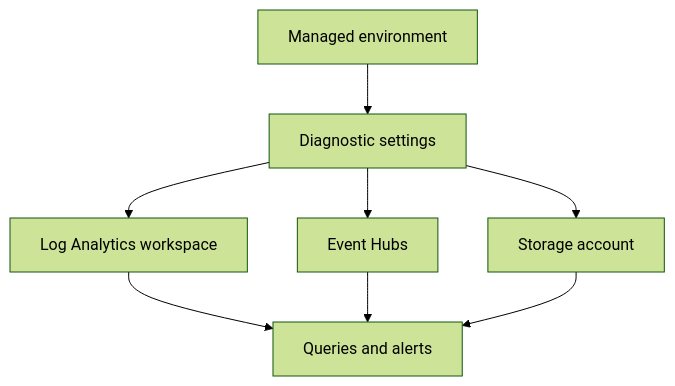
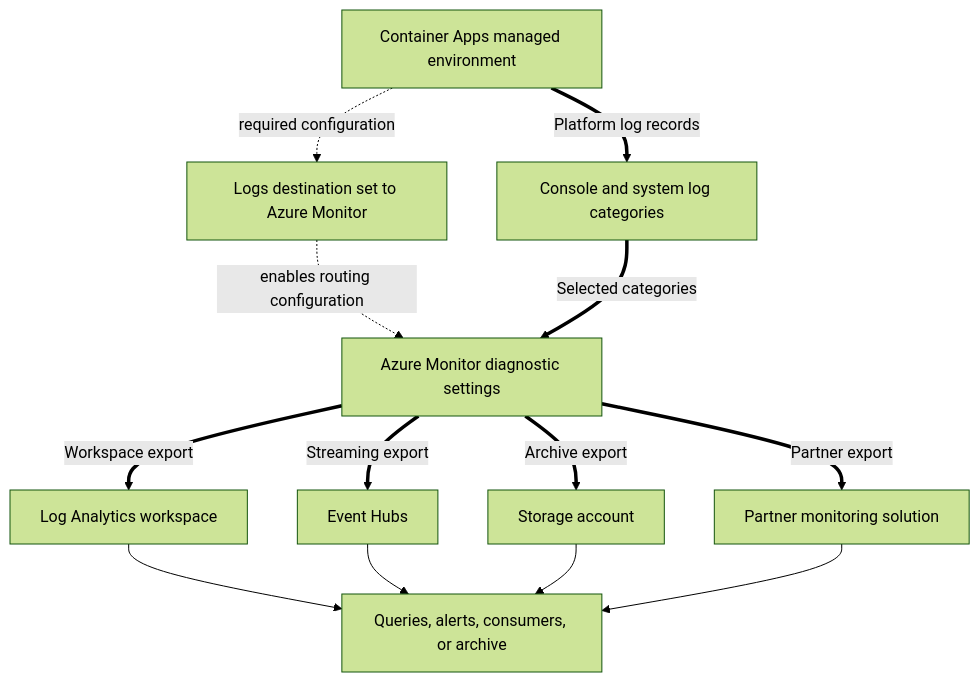
Before and after one commit to yeongseon/azure-container-apps-practical-guide: the diagram in docs/operations/logging/diagnostic-settings.md, drawn with Mermaid (forest theme). The commit also changed other lines of this file and 13 other files, not shown here.

First line of the commit message:
docs(diagrams): migrate the Container Apps operations diagrams (#614)

````diff
--- a/docs/operations/logging/diagnostic-settings.md
+++ b/docs/operations/logging/diagnostic-settings.md
@@ -111,10 +134,25 @@
 ```mermaid
 flowchart TD
-    A[Managed environment] --> B[Diagnostic settings]
-    B --> C[Log Analytics workspace]
-    B --> D[Event Hubs]
-    B --> E[Storage account]
-    C --> F[Queries and alerts]
-    D --> F
-    E --> F
+    ENVIRONMENT[Container Apps managed environment]
+    DESTINATION[Logs destination set to Azure Monitor]
+    CATEGORIES[Console and system log categories]
+    SETTINGS[Azure Monitor diagnostic settings]
+    WORKSPACE[Log Analytics workspace]
+    EVENT_HUB[Event Hubs]
+    STORAGE[Storage account]
+    PARTNER[Partner monitoring solution]
+    QUERY[Queries, alerts, consumers, or archive]
+
+    ENVIRONMENT -. required configuration .-> DESTINATION
+    ENVIRONMENT ==>|Platform log records| CATEGORIES
+    DESTINATION -. enables routing configuration .-> SETTINGS
+    CATEGORIES ==>|Selected categories| SETTINGS
+    SETTINGS ==>|Workspace export| WORKSPACE
+    SETTINGS ==>|Streaming export| EVENT_HUB
+    SETTINGS ==>|Archive export| STORAGE
+    SETTINGS ==>|Partner export| PARTNER
+    WORKSPACE --> QUERY
+    EVENT_HUB --> QUERY
+    STORAGE --> QUERY
+    PARTNER --> QUERY
 ```
````
